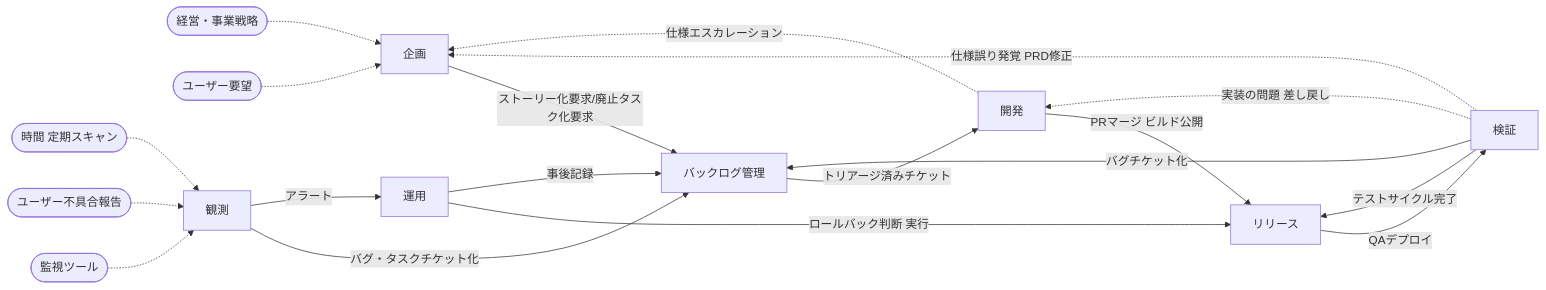
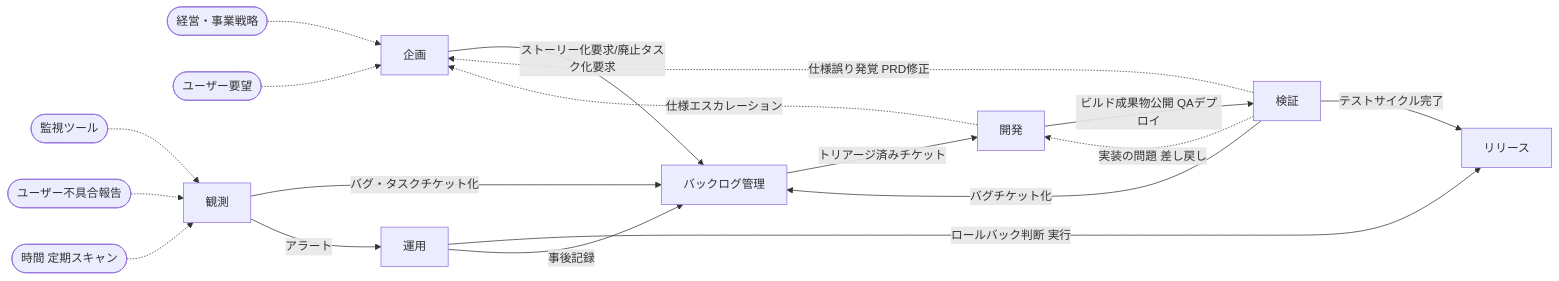
The second of 2 diagrams in docs/big-picture.md (kuchita-el/claude-shared-skills), drawn with Mermaid before and after one commit. The commit also changed other lines of this file and 2 other files, not shown here.

````diff
--- a/docs/big-picture.md
+++ b/docs/big-picture.md
@@ -226,22 +226,21 @@
 ```mermaid
 graph LR
     外部1([経営・事業戦略]) -.-> 企画
     外部2([ユーザー要望]) -.-> 企画
     外部3([監視ツール]) -.-> 観測
     外部4([ユーザー不具合報告]) -.-> 観測
     外部5([時間 定期スキャン]) -.-> 観測
 
     企画 -->|ストーリー化要求/廃止タスク化要求| BL[バックログ管理]
     観測 -->|バグ・タスクチケット化| BL
     観測 -->|アラート| 運用
     検証 -->|バグチケット化| BL
     検証 -.->|仕様誤り発覚 PRD修正| 企画
     検証 -.->|実装の問題 差し戻し| 開発
     運用 -->|ロールバック判断 実行| リリース
     運用 -->|事後記録| BL
     BL -->|トリアージ済みチケット| 開発
-    開発 -->|PRマージ ビルド公開| リリース
-    リリース -->|QAデプロイ| 検証
+    開発 -->|ビルド成果物公開 QAデプロイ| 検証
     検証 -->|テストサイクル完了| リリース
     開発 -.->|仕様エスカレーション| 企画
 ```
````
